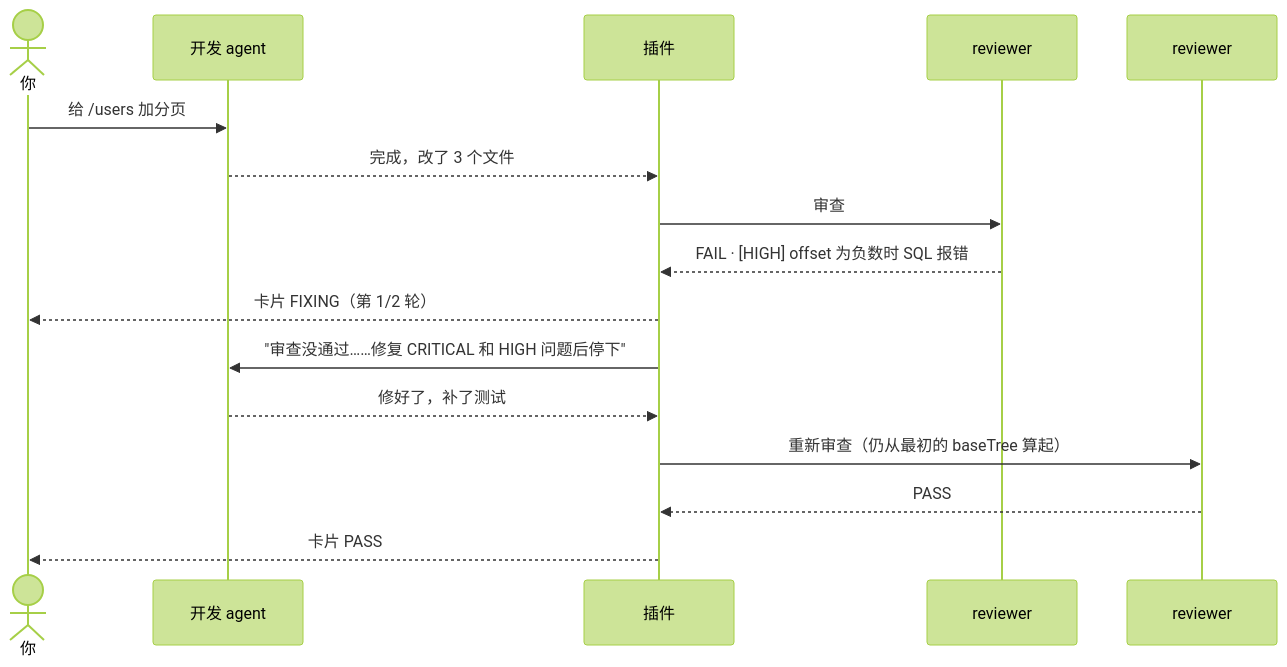
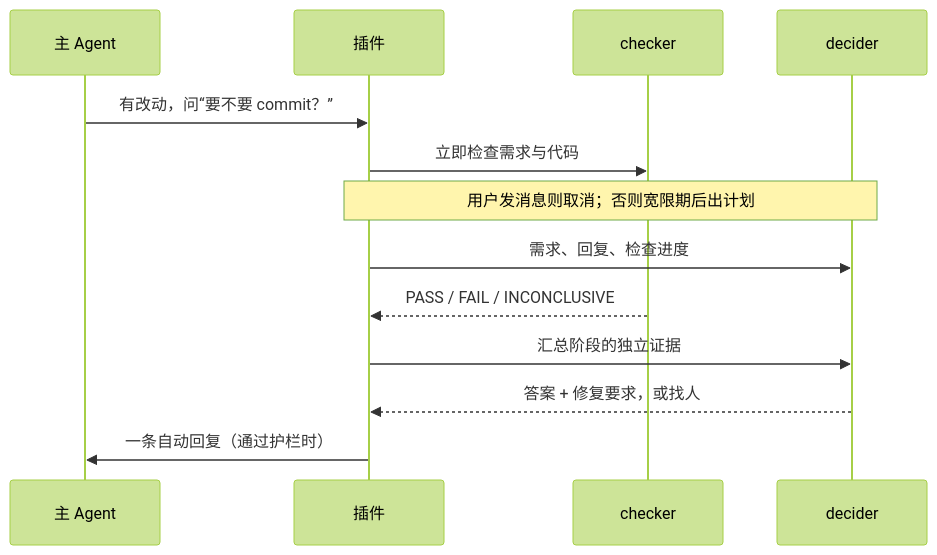
The second of 2 diagrams in docs/workflow.md (XUJiahua/paseo-post-turn-gate-plugin), drawn with Mermaid (forest theme) before and after one commit. The commit also changed other lines of this file and 26 other files, not shown here.

````diff
--- a/docs/workflow.md
+++ b/docs/workflow.md
@@ -72,19 +27,15 @@
 ```mermaid
 sequenceDiagram
-  actor 你
-  participant A as 开发 agent
-  participant G as 插件
-  participant R1 as reviewer #1
-  participant R2 as reviewer #2
-
-  你->>A: 给 /users 加分页
-  A-->>G: 完成，改了 3 个文件
-  G->>R1: 审查
-  R1-->>G: FAIL · [HIGH] offset 为负数时 SQL 报错
-  G-->>你: 卡片 FIXING（第 1/2 轮）
-  G->>A: "审查没通过……修复 CRITICAL 和 HIGH 问题后停下"
-  A-->>G: 修好了，补了测试
-  G->>R2: 重新审查（仍从最初的 baseTree 算起）
-  R2-->>G: PASS
-  G-->>你: 卡片 PASS
+  participant S as 主 Agent
+  participant P as 插件
+  participant K as checker
+  participant D as decider
+  S->>P: 有改动，问“要不要 commit？”
+  P->>K: 立即检查需求与代码
+  Note over P,D: 用户发消息则取消；否则宽限期后出计划
+  P->>D: 需求、回复、检查进度
+  K-->>P: PASS / FAIL / INCONCLUSIVE
+  P->>D: 汇总阶段的独立证据
+  D-->>P: 答案 + 修复要求，或找人
+  P->>S: 一条自动回复（通过护栏时）
 ```
````
